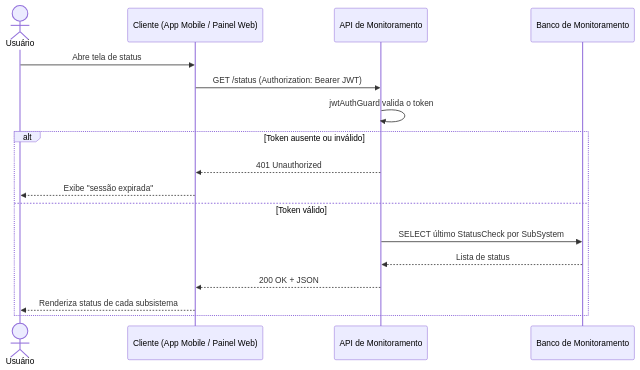
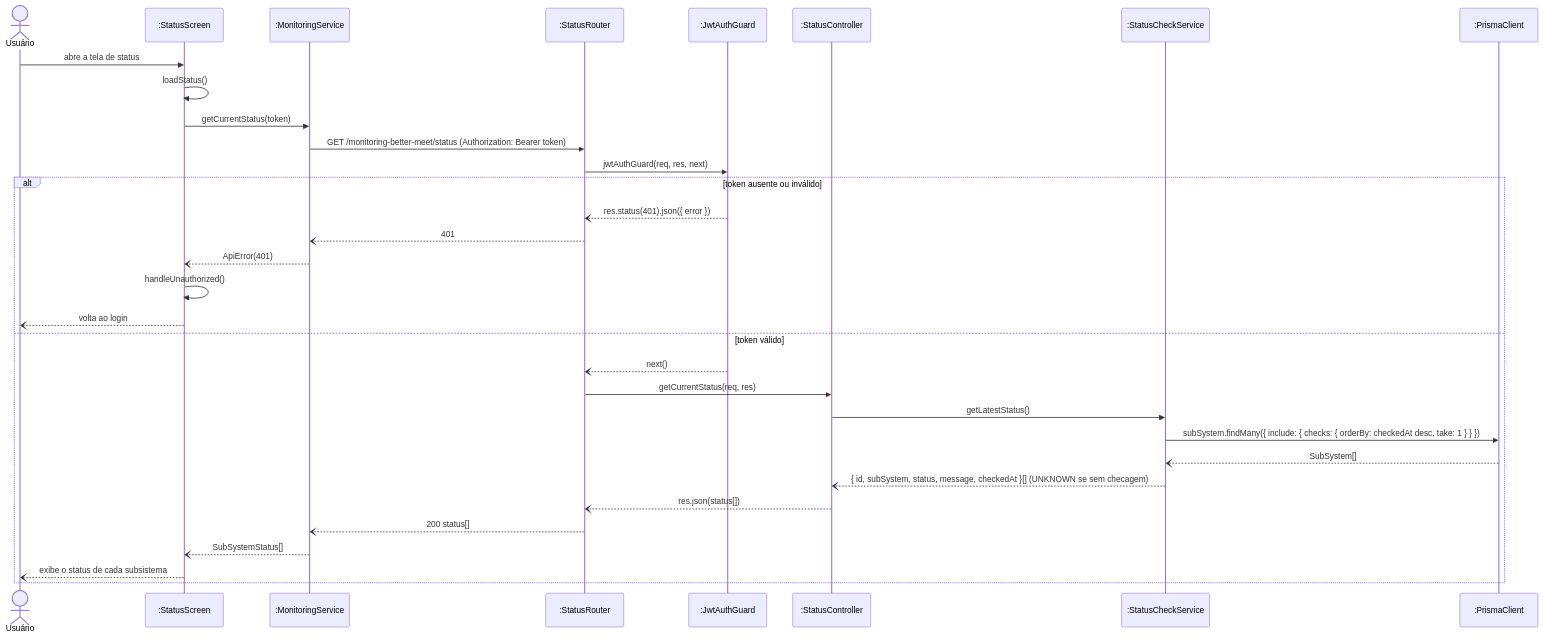
Before and after one commit to MiguelIFSP/BRTPDS2-PROJETO-E-DESENVOLVIMENTO-DE-SISTEMAS-2: the first of 17 diagrams in documentos/entrega2_Di1/requisitos_e_casos_de_uso.md, drawn with Mermaid. The commit also changed other lines of this file and 7 other files, not shown here.

````diff
--- a/documentos/entrega2_Di1/requisitos_e_casos_de_uso.md
+++ b/documentos/entrega2_Di1/requisitos_e_casos_de_uso.md
@@ -138,20 +122,35 @@
 ```mermaid
 sequenceDiagram
     actor U as Usuário
-    participant App as Cliente (App Mobile / Painel Web)
-    participant Mon as API de Monitoramento
-    participant DB as Banco de Monitoramento
+    participant Tela as :StatusScreen
+    participant MS as :MonitoringService
+    participant R as :StatusRouter
+    participant G as :JwtAuthGuard
+    participant C as :StatusController
+    participant S as :StatusCheckService
+    participant P as :PrismaClient
 
-    U->>App: Abre tela de status
-    App->>Mon: GET /status (Authorization: Bearer JWT)
-    Mon->>Mon: jwtAuthGuard valida o token
-    alt Token ausente ou inválido
-        Mon-->>App: 401 Unauthorized
-        App-->>U: Exibe "sessão expirada"
-    else Token válido
-        Mon->>DB: SELECT último StatusCheck por SubSystem
-        DB-->>Mon: Lista de status
-        Mon-->>App: 200 OK + JSON
-        App-->>U: Renderiza status de cada subsistema
+    U->>Tela: abre a tela de status
+    Tela->>Tela: loadStatus()
+    Tela->>MS: getCurrentStatus(token)
+    MS->>R: GET /monitoring-better-meet/status (Authorization: Bearer token)
+    R->>G: jwtAuthGuard(req, res, next)
+    alt token ausente ou inválido
+        G--)R: res.status(401).json({ error })
+        R--)MS: 401
+        MS--)Tela: ApiError(401)
+        Tela->>Tela: handleUnauthorized()
+        Tela--)U: volta ao login
+    else token válido
+        G--)R: next()
+        R->>C: getCurrentStatus(req, res)
+        C->>S: getLatestStatus()
+        S->>P: subSystem.findMany({ include: { checks: { orderBy: checkedAt desc, take: 1 } } })
+        P--)S: SubSystem[]
+        S--)C: { id, subSystem, status, message, checkedAt }[] (UNKNOWN se sem checagem)
+        C--)R: res.json(status[])
+        R--)MS: 200 status[]
+        MS--)Tela: SubSystemStatus[]
+        Tela--)U: exibe o status de cada subsistema
     end
 ```
````
